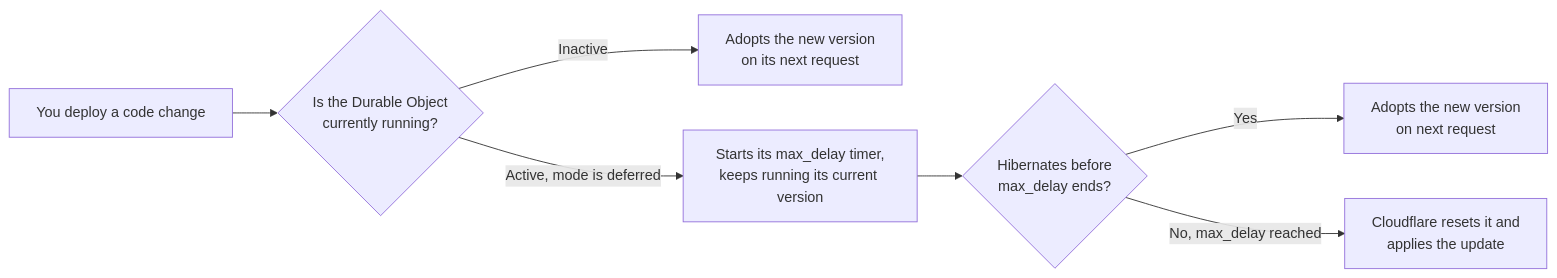
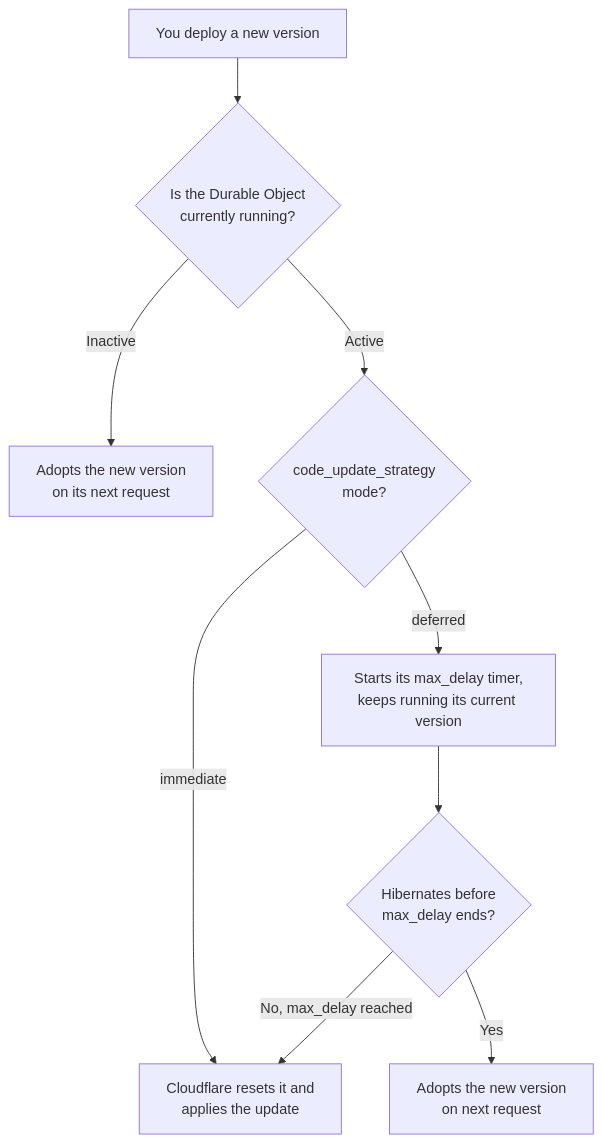
The diagram in src/content/docs/durable-objects/deployments/durable-objects-code-updates.mdx (cloudflare/cloudflare-docs), drawn with Mermaid before and after one commit. The commit also changed other lines of this file, not shown here.

````diff
--- a/src/content/docs/durable-objects/deployments/durable-objects-code-updates.mdx
+++ b/src/content/docs/durable-objects/deployments/durable-objects-code-updates.mdx
@@ -46,9 +45,11 @@
 ```mermaid
-flowchart LR
-    A["You deploy a code change"] --> B{"Is the Durable Object<br/>currently running?"}
+flowchart TD
+    A["You deploy a new version"] --> B{"Is the Durable Object<br/>currently running?"}
     B -->|Inactive| C["Adopts the new version<br/>on its next request"]
-    B -->|"Active, mode is deferred"| D["Starts its max_delay timer,<br/>keeps running its current version"]
-    D --> E{"Hibernates before<br/>max_delay ends?"}
-    E -->|Yes| F["Adopts the new version<br/>on next request"]
-    E -->|"No, max_delay reached"| G["Cloudflare resets it and<br/>applies the update"]
+    B -->|Active| D{"code_update_strategy<br/>mode?"}
+    D -->|immediate| E["Cloudflare resets it and<br/>applies the update"]
+    D -->|deferred| F["Starts its max_delay timer,<br/>keeps running its current version"]
+    F --> G{"Hibernates before<br/>max_delay ends?"}
+    G -->|Yes| H["Adopts the new version<br/>on next request"]
+    G -->|"No, max_delay reached"| E
 ```
````
